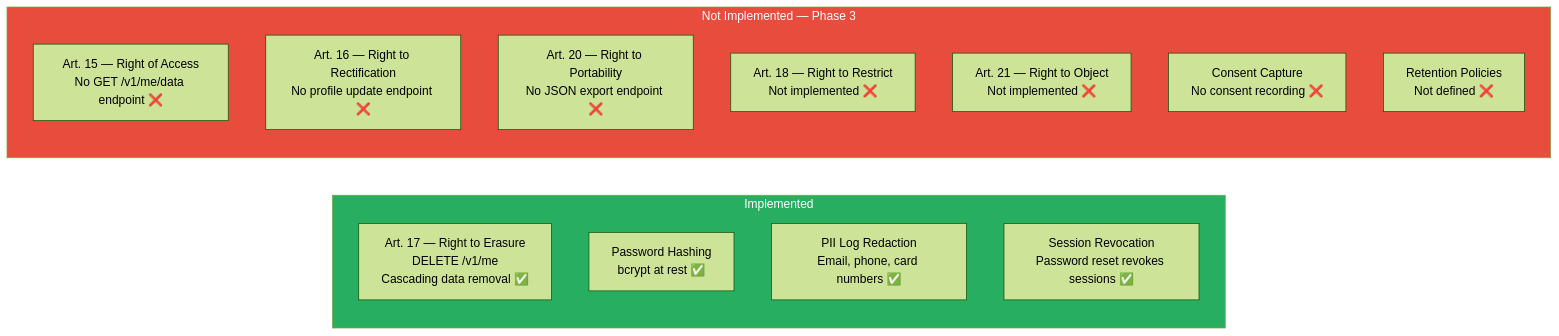
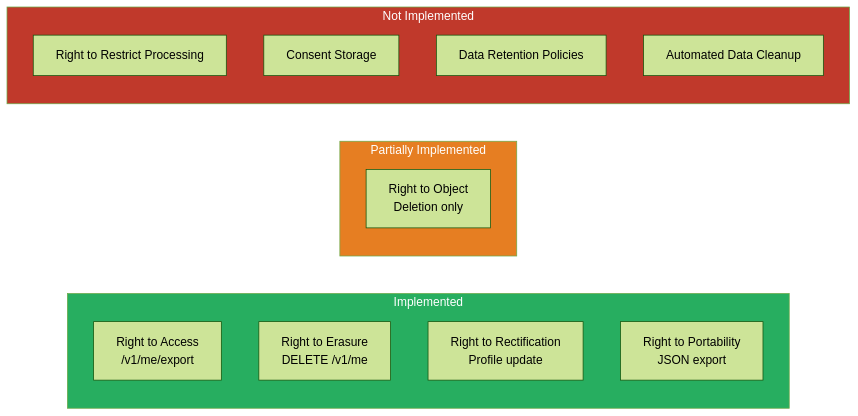
One commit to Tamoura/Claude-Code-creates-the-SW-company changed diagram 12 of 16 in products/stablecoin-gateway/docs/AUDIT-REPORT.md. Above: the diagram before and after it, drawn with Mermaid (forest theme). The commit also changed other lines of this file, not shown here.

````diff
--- a/products/stablecoin-gateway/docs/AUDIT-REPORT.md
+++ b/products/stablecoin-gateway/docs/AUDIT-REPORT.md
@@ -915,22 +1134,24 @@
 ```mermaid
-flowchart LR
-    subgraph IMPLEMENTED["Implemented"]
-        ART17["Art. 17 — Right to Erasure\nDELETE /v1/me\nCascading data removal ✅"]
-        BCRYPT["Password Hashing\nbcrypt at rest ✅"]
-        PIILOG["PII Log Redaction\nEmail, phone, card numbers ✅"]
-        SESSION["Session Revocation\nPassword reset revokes sessions ✅"]
+graph LR
+    subgraph Implemented["Implemented"]
+        A[Right to Access<br>/v1/me/export]
+        B[Right to Erasure<br>DELETE /v1/me]
+        C[Right to Rectification<br>Profile update]
+        D[Right to Portability<br>JSON export]
     end
 
-    subgraph MISSING["Not Implemented — Phase 3"]
-        ART15["Art. 15 — Right of Access\nNo GET /v1/me/data endpoint ❌"]
-        ART16["Art. 16 — Right to Rectification\nNo profile update endpoint ❌"]
-        ART20["Art. 20 — Right to Portability\nNo JSON export endpoint ❌"]
-        ART18["Art. 18 — Right to Restrict\nNot implemented ❌"]
-        ART21["Art. 21 — Right to Object\nNot implemented ❌"]
-        CONSENT["Consent Capture\nNo consent recording ❌"]
-        RETENTION["Retention Policies\nNot defined ❌"]
+    subgraph Partial["Partially Implemented"]
+        E[Right to Object<br>Deletion only]
     end
 
-    style IMPLEMENTED fill:#27ae60,color:#fff
-    style MISSING fill:#e74c3c,color:#fff
+    subgraph Missing["Not Implemented"]
+        F[Right to Restrict Processing]
+        G[Consent Storage]
+        H[Data Retention Policies]
+        I[Automated Data Cleanup]
+    end
+
+    style Implemented fill:#27ae60,color:#fff
+    style Partial fill:#e67e22,color:#fff
+    style Missing fill:#c0392b,color:#fff
 ```
````
